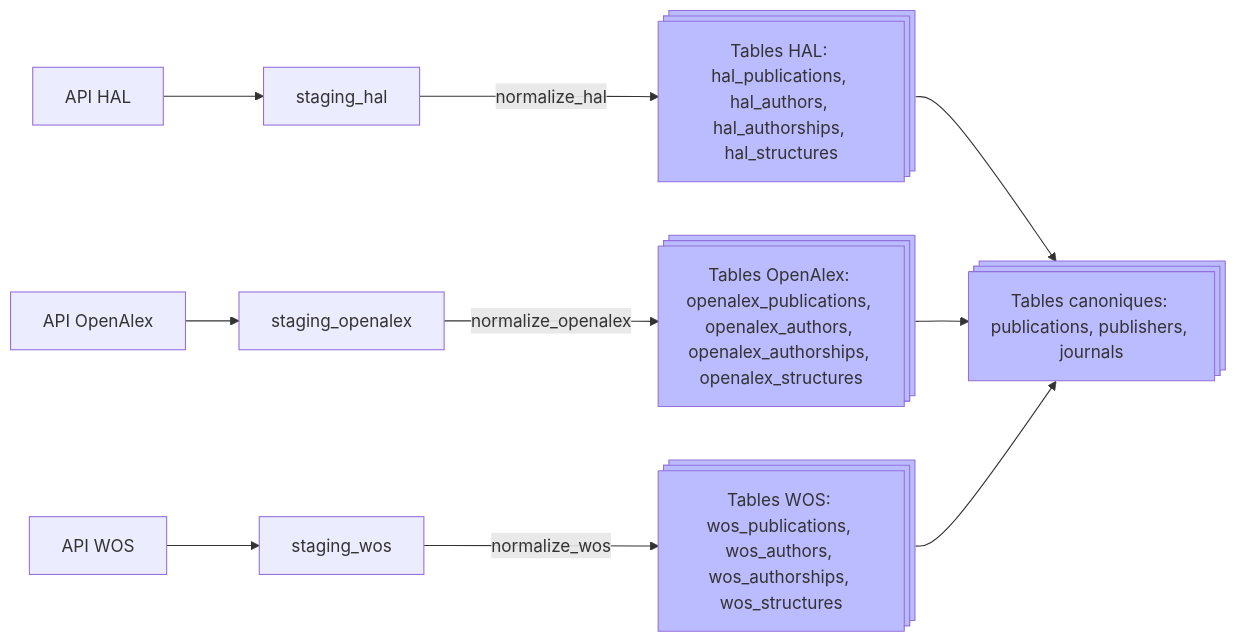
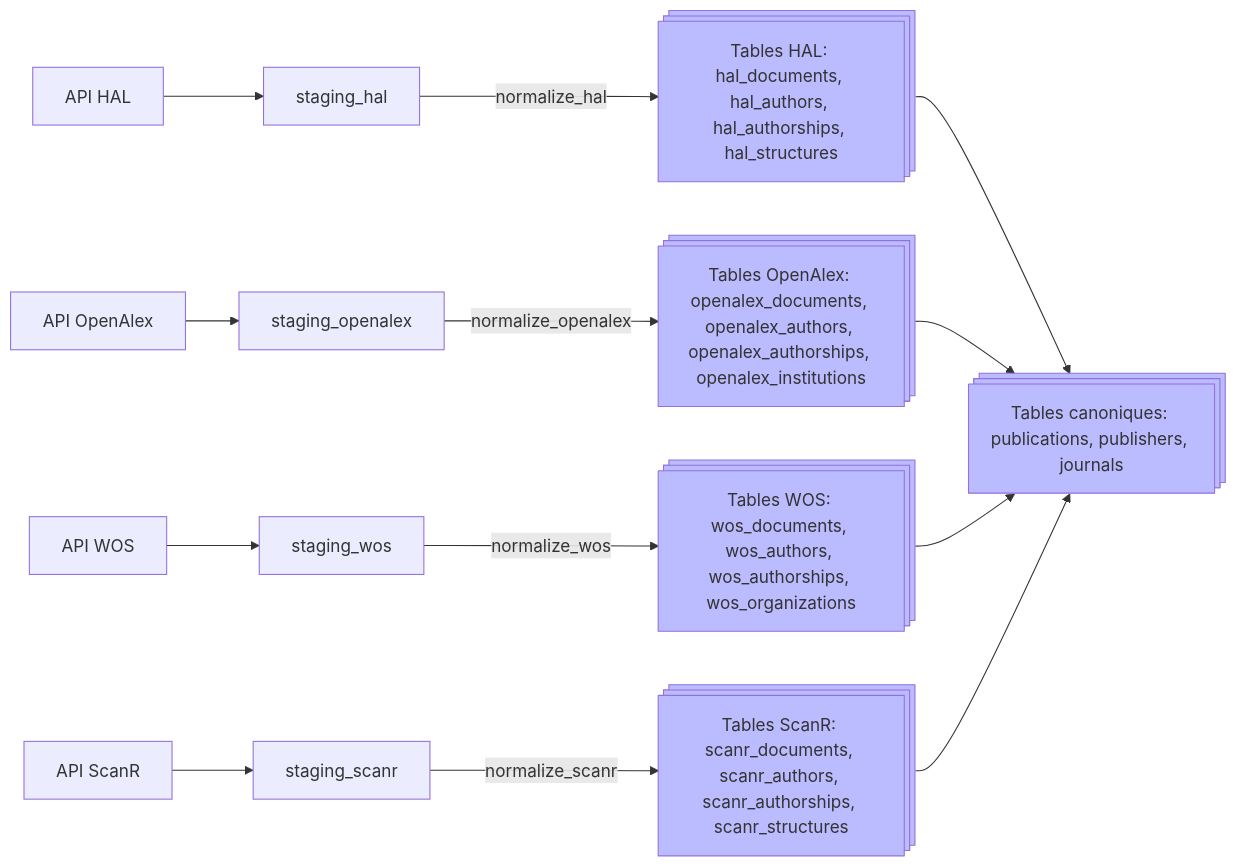
Before and after one commit to Y33sha/bibliometrie-uca: the second of 9 diagrams in docs/pipeline.md, drawn with Mermaid. The commit also changed other lines of this file and 5 other files, not shown here.

````diff
--- a/docs/pipeline.md
+++ b/docs/pipeline.md
@@ -89,15 +90,18 @@
 ```mermaid
 flowchart LR
     A[API HAL]-->B[staging_hal]-->|normalize_hal|G@{ shape: processes, label: "Tables HAL: 
-    hal_publications, hal_authors, hal_authorships, hal_structures" }
+    hal_documents, hal_authors, hal_authorships, hal_structures" }
     C[API OpenAlex]-->D[staging_openalex]-->|normalize_openalex|H@{ shape: processes, label: "Tables OpenAlex: 
-    openalex_publications, openalex_authors, openalex_authorships, openalex_structures" }
+    openalex_documents, openalex_authors, openalex_authorships, openalex_institutions" }
     E[API WOS]-->F[staging_wos]-->|normalize_wos|I@{ shape: processes, label: "Tables WOS: 
-    wos_publications, wos_authors, wos_authorships, wos_structures" }
+    wos_documents, wos_authors, wos_authorships, wos_organizations" }
+    K[API ScanR]-->L[staging_scanr]-->|normalize_scanr|M@{ shape: processes, label: "Tables ScanR: 
+    scanr_documents, scanr_authors, scanr_authorships, scanr_structures" }
     G-->J@{ shape: processes, label: "Tables canoniques: 
     publications, publishers, journals" }
     H-->J
     I-->J
+    M-->J
     classDef new  fill:#bbf
-    class G,H,I,J new;
+    class G,H,I,J,M new;
 ```
````
